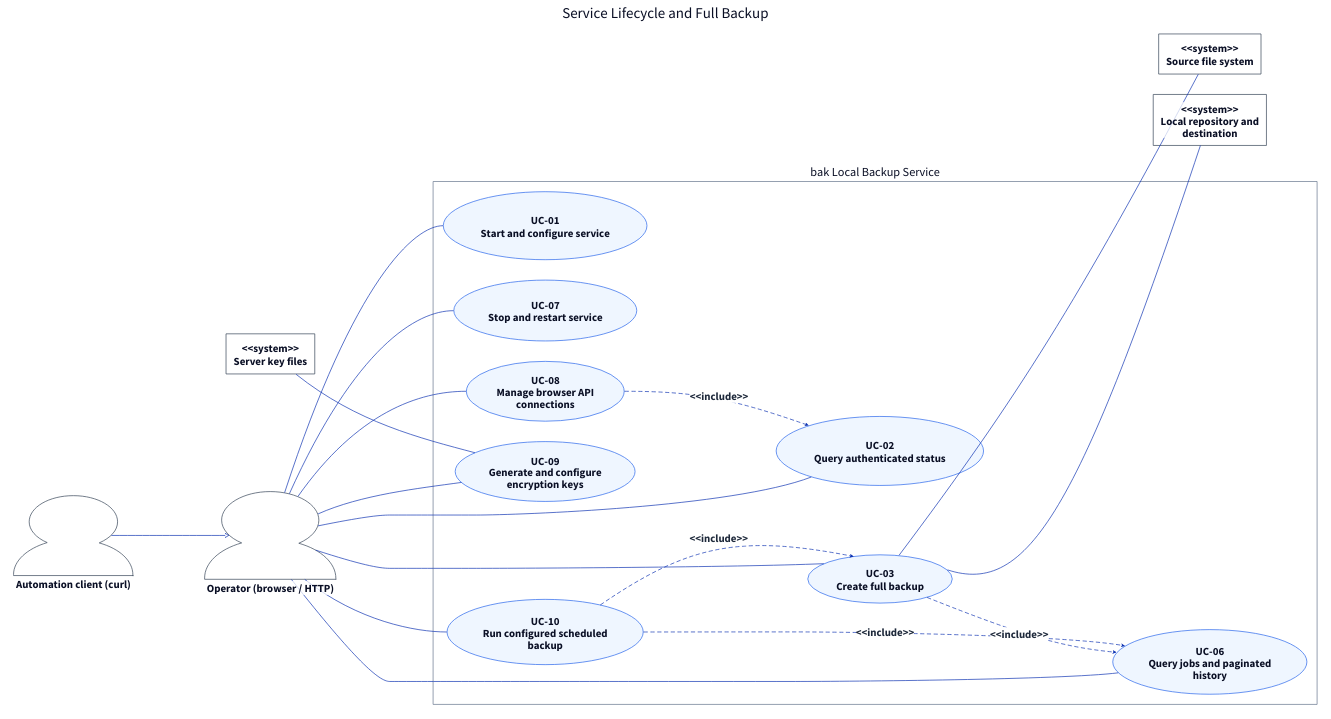
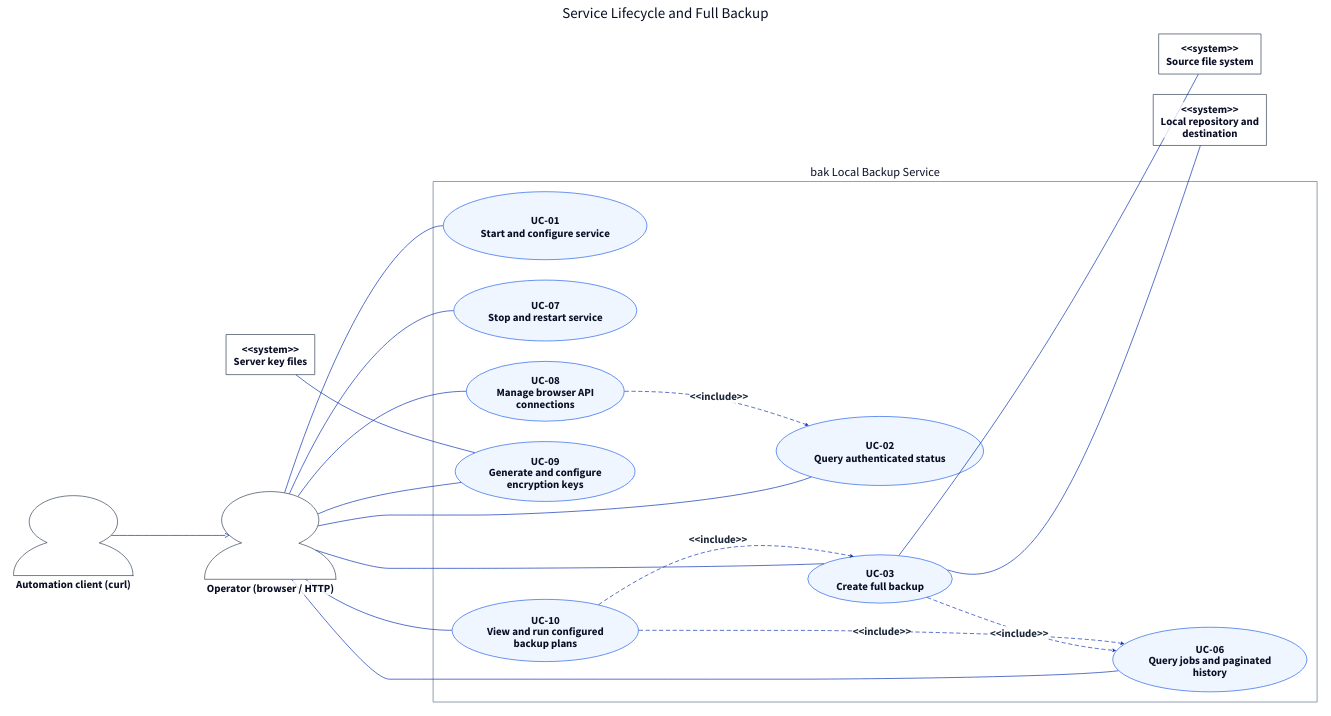
Before and after one commit to qi7876/software-development-exp: the diagram in docs/report/generated/use-case-configuration-execution.d2, drawn with D2. The commit also changed 18 other files, not shown here.

```diff
--- a/docs/report/generated/use-case-configuration-execution.d2
+++ b/docs/report/generated/use-case-configuration-execution.d2
@@ -1,97 +1,97 @@
 # Generated from docs/report/use-cases.yaml; do not edit directly.
 direction: right
 **.style.font-size: 32
 (** -> **)[*].style: {font-size: 32; bold: true; italic: false; font-color: "#1E293B"}
 (** -- **)[*].style: {font-size: 32; bold: true; italic: false; font-color: "#1E293B"}
 (** <- **)[*].style: {font-size: 32; bold: true; italic: false; font-color: "#1E293B"}
 diagram: "Service Lifecycle and Full Backup" {
   style.font-size: 44
   style.fill: white
   style.stroke: transparent
   CLIENT: "Operator (browser / HTTP)" {
     shape: person
     style.stroke: "#334155"
     style.fill: white
   }
   AUT: "Automation client (curl)" {
     shape: person
     style.stroke: "#334155"
     style.fill: white
   }
   SRC: "<<system>>\nSource file system" {
     shape: rectangle
     style.stroke: "#334155"
     style.fill: white
   }
   TGT: "<<system>>\nLocal repository and\ndestination" {
     shape: rectangle
     style.stroke: "#334155"
     style.fill: white
   }
   KEYS: "<<system>>\nServer key files" {
     shape: rectangle
     style.stroke: "#334155"
     style.fill: white
   }
   system: "bak Local Backup Service" {
     style.font-size: 36
     style.stroke: "#64748B"
     style.fill: white
     UC_01: "UC-01\nStart and configure service" {
       shape: oval
       style.stroke: "#2563EB"
       style.fill: "#EFF6FF"
     }
     UC_02: "UC-02\nQuery authenticated status" {
       shape: oval
       style.stroke: "#2563EB"
       style.fill: "#EFF6FF"
     }
     UC_03: "UC-03\nCreate full backup" {
       shape: oval
       style.stroke: "#2563EB"
       style.fill: "#EFF6FF"
     }
     UC_06: "UC-06\nQuery jobs and paginated\nhistory" {
       shape: oval
       style.stroke: "#2563EB"
       style.fill: "#EFF6FF"
     }
     UC_07: "UC-07\nStop and restart service" {
       shape: oval
       style.stroke: "#2563EB"
       style.fill: "#EFF6FF"
     }
     UC_08: "UC-08\nManage browser API\nconnections" {
       shape: oval
       style.stroke: "#2563EB"
       style.fill: "#EFF6FF"
     }
     UC_09: "UC-09\nGenerate and configure\nencryption keys" {
       shape: oval
       style.stroke: "#2563EB"
       style.fill: "#EFF6FF"
     }
-    UC_10: "UC-10\nRun configured scheduled\nbackup" {
+    UC_10: "UC-10\nView and run configured\nbackup plans" {
       shape: oval
       style.stroke: "#2563EB"
       style.fill: "#EFF6FF"
     }
   }
   CLIENT -- system.UC_01
   CLIENT -- system.UC_02
   CLIENT -- system.UC_03
   CLIENT -- system.UC_06
   CLIENT -- system.UC_07
   system.UC_03 -- SRC
   system.UC_03 -- TGT
   CLIENT -- system.UC_08
   CLIENT -- system.UC_09
   KEYS -- system.UC_09
   CLIENT -- system.UC_10
   AUT -> CLIENT: {target-arrowhead.style.filled: false}
   system.UC_03 -> system.UC_06: "<<include>>" {style.stroke-dash: 5; target-arrowhead.shape: arrow}
   system.UC_08 -> system.UC_02: "<<include>>" {style.stroke-dash: 5; target-arrowhead.shape: arrow}
   system.UC_10 -> system.UC_03: "<<include>>" {style.stroke-dash: 5; target-arrowhead.shape: arrow}
   system.UC_10 -> system.UC_06: "<<include>>" {style.stroke-dash: 5; target-arrowhead.shape: arrow}
 }
```
